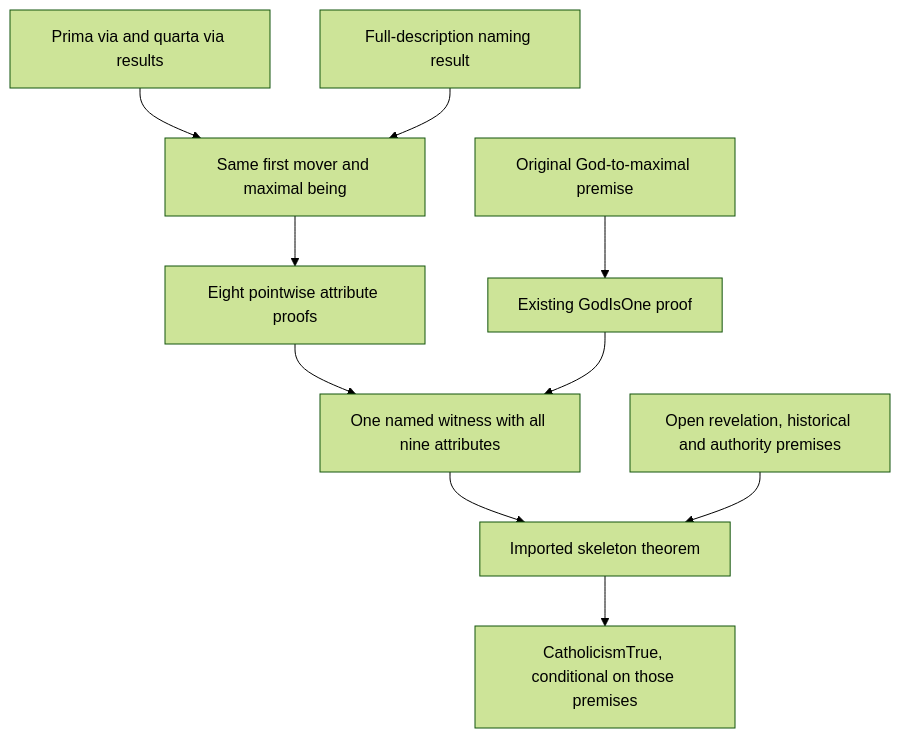
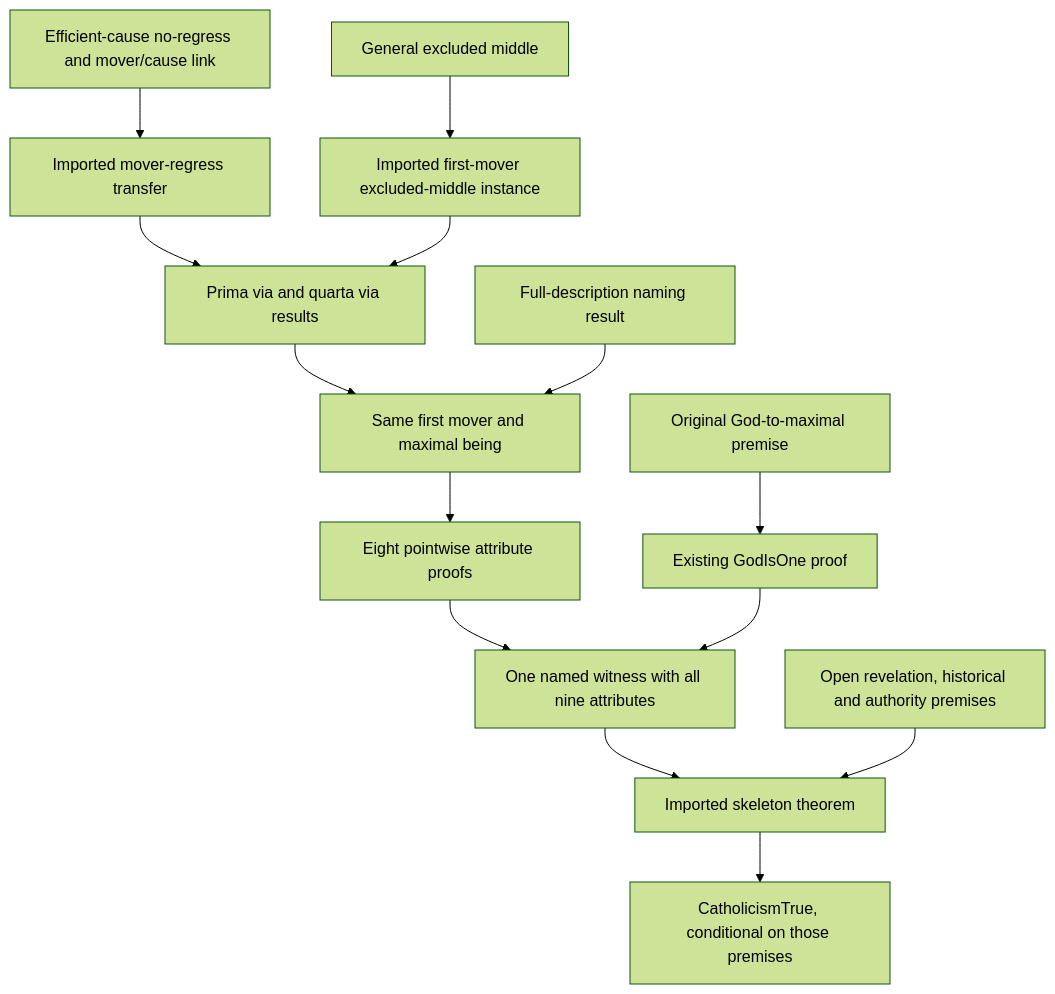
One commit to moritzbrantner/truth-core changed the diagram in docs/skeleton-composition.md. Above: the diagram before and after it, drawn with Mermaid (forest theme). The commit also changed other lines of this file and 9 other files, not shown here.

Commit message:
Compose regress and excluded-middle proofs into the Catholic root

````diff
--- a/docs/skeleton-composition.md
+++ b/docs/skeleton-composition.md
@@ -14,12 +14,16 @@
 ```mermaid
 flowchart TD
-  P[Prima via and quarta via results] --> W[Same first mover and maximal being]
+  E[Efficient-cause no-regress and mover/cause link] --> M[Imported mover-regress transfer]
+  EM[General excluded middle] --> I[Imported first-mover excluded-middle instance]
+  M --> P[Prima via and quarta via results]
+  I --> P
+  P --> W[Same first mover and maximal being]
   N[Full-description naming result] --> W
   W --> A[Eight pointwise attribute proofs]
   U[Original God-to-maximal premise] --> O[Existing GodIsOne proof]
   A --> C[One named witness with all nine attributes]
   O --> C
   C --> S[Imported skeleton theorem]
   H[Open revelation, historical and authority premises] --> S
   S --> R[CatholicismTrue, conditional on those premises]
 ```
````
